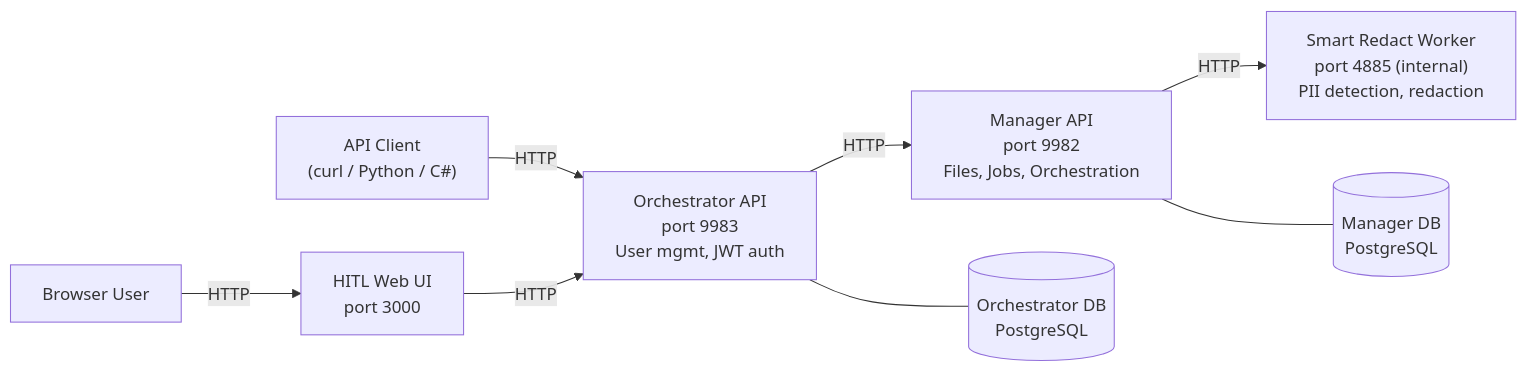
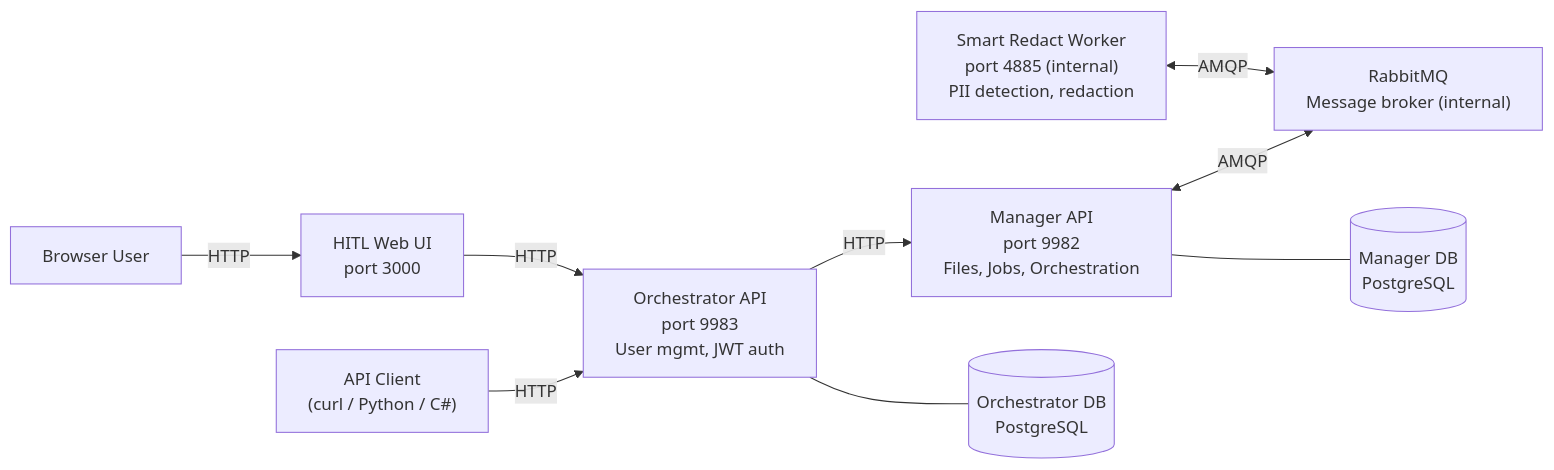
Before and after one commit to pdf-tools/smart-suite-samples: the diagram in README.md, drawn with Mermaid. The commit also changed 3 other files, not shown here.

````diff
--- a/README.md
+++ b/README.md
@@ -11,19 +11,21 @@
 ```mermaid
 flowchart LR
     Browser["Browser User"]
     Client["API Client<br/>(curl / Python / C#)"]
     HITL["HITL Web UI<br/>port 3000"]
     Orchestrator["Orchestrator API<br/>port 9983<br/>User mgmt, JWT auth"]
     Manager["Manager API<br/>port 9982<br/>Files, Jobs, Orchestration"]
     Worker["Smart Redact Worker<br/>port 4885 (internal)<br/>PII detection, redaction"]
+    RabbitMQ["RabbitMQ<br/>Message broker (internal)"]
     OrchDB[("Orchestrator DB<br/>PostgreSQL")]
     ManagerDB[("Manager DB<br/>PostgreSQL")]
 
     Browser -- HTTP --> HITL
     Client -- HTTP --> Orchestrator
     HITL -- HTTP --> Orchestrator
     Orchestrator -- HTTP --> Manager
-    Manager -- HTTP --> Worker
+    Manager <-->|AMQP| RabbitMQ
+    Worker <-->|AMQP| RabbitMQ
     Orchestrator --- OrchDB
     Manager --- ManagerDB
 ```
````
